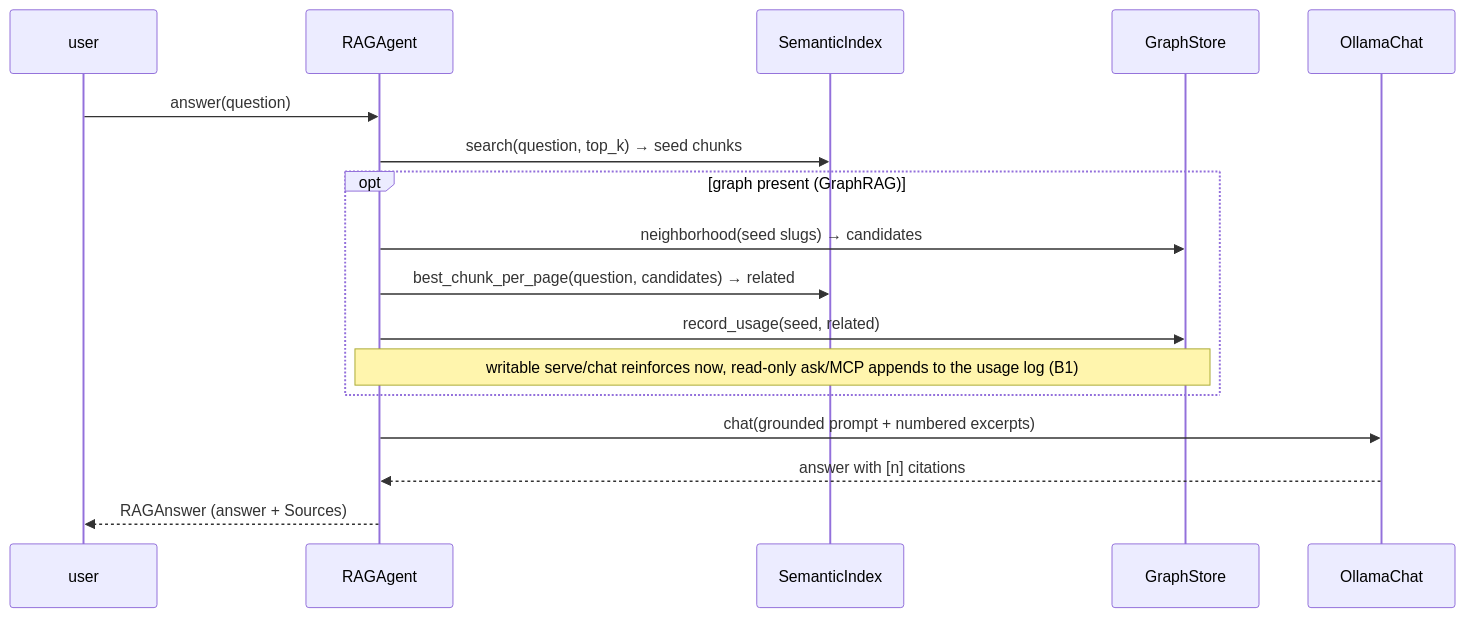
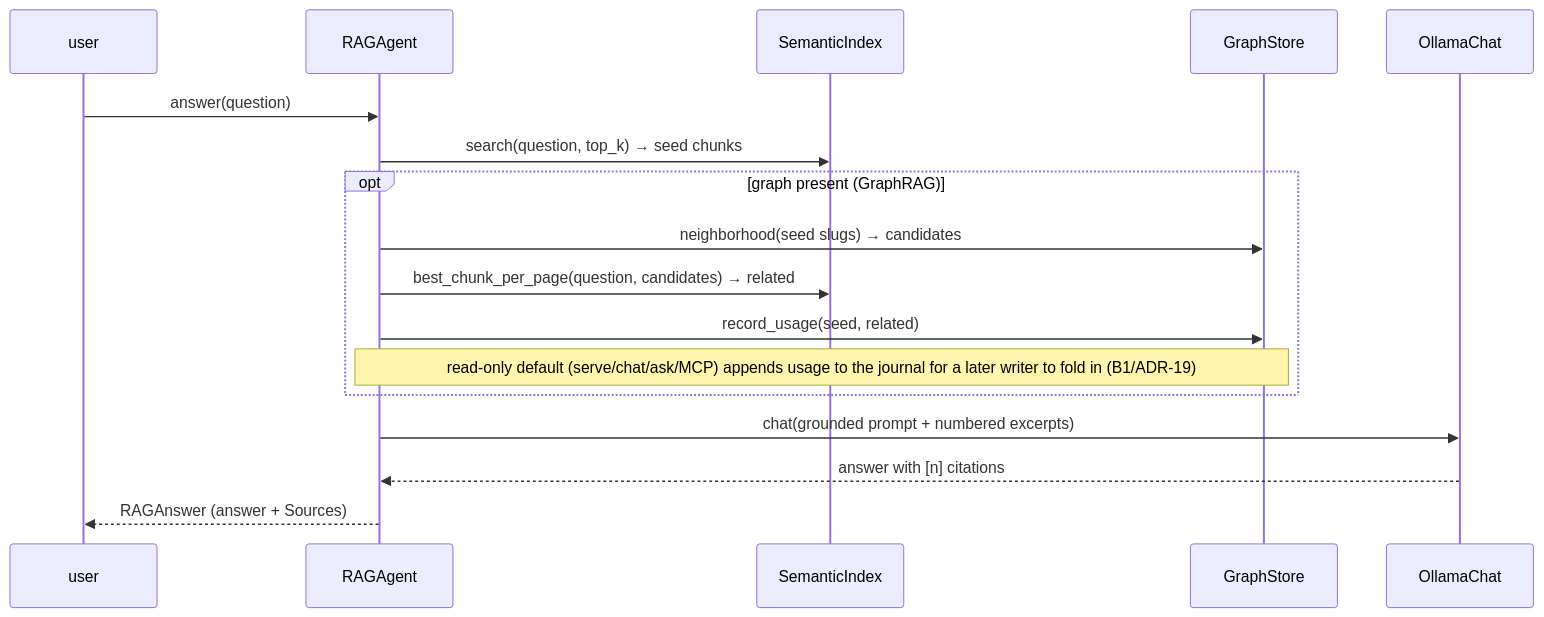
Before and after one commit to Neuroant/OpenWiki: the second of 6 diagrams in docs/arc42/06-runtime-view.md, drawn with Mermaid. The commit also changed other lines of this file and 16 other files, not shown here.

````diff
--- a/docs/arc42/06-runtime-view.md
+++ b/docs/arc42/06-runtime-view.md
@@ -46,20 +46,20 @@
 ```mermaid
 sequenceDiagram
   participant U as user
   participant A as RAGAgent
   participant IX as SemanticIndex
   participant GS as GraphStore
   participant C as OllamaChat
 
   U->>A: answer(question)
   A->>IX: search(question, top_k) → seed chunks
   opt graph present (GraphRAG)
     A->>GS: neighborhood(seed slugs) → candidates
     A->>IX: best_chunk_per_page(question, candidates) → related
     A->>GS: record_usage(seed, related)
-    Note over A,GS: writable serve/chat reinforces now, read-only ask/MCP appends to the usage log (B1)
+    Note over A,GS: read-only default (serve/chat/ask/MCP) appends usage to the journal for a later writer to fold in (B1/ADR-19)
   end
   A->>C: chat(grounded prompt + numbered excerpts)
   C-->>A: answer with [n] citations
   A-->>U: RAGAnswer (answer + Sources)
 ```
````
